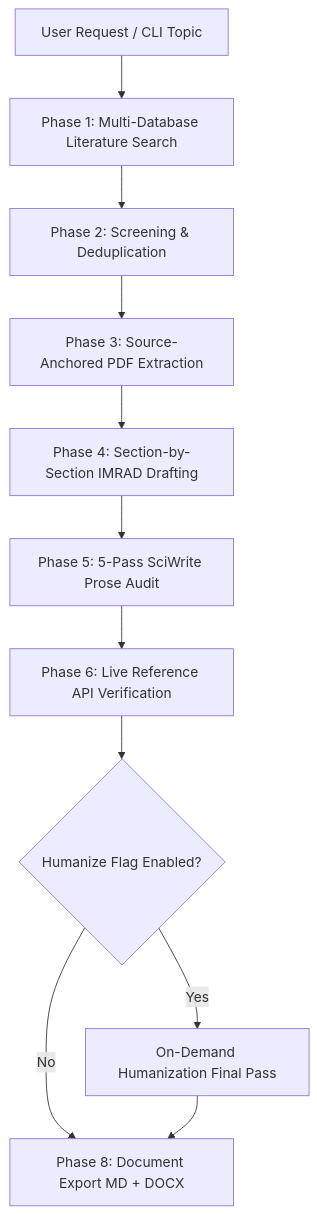
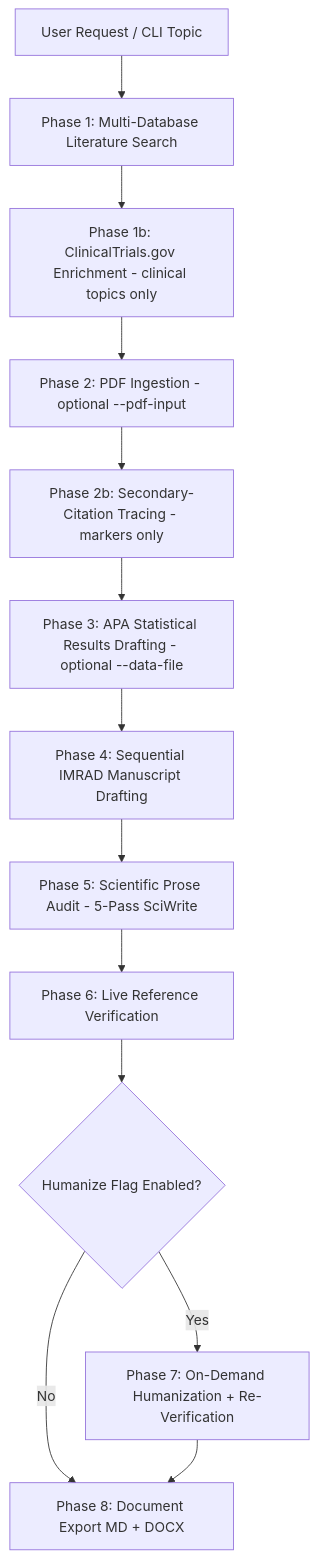
The first of 3 diagrams in ARCHITECTURE.md (noora-noureldin2000/MedDraft_AI-), drawn with Mermaid before and after one commit. The commit also changed other lines of this file and 2 other files, not shown here.

First line of the commit message:
docs(architecture): sync pipeline diagram with main.py phases, document --parse-pdf flow and screening scope

````diff
--- a/ARCHITECTURE.md
+++ b/ARCHITECTURE.md
@@ -7,13 +9,15 @@
 ```mermaid
 graph TD
     A[User Request / CLI Topic] --> B[Phase 1: Multi-Database Literature Search]
-    B --> C[Phase 2: Screening & Deduplication]
-    C --> D[Phase 3: Source-Anchored PDF Extraction]
-    D --> E[Phase 4: Section-by-Section IMRAD Drafting]
-    E --> F[Phase 5: 5-Pass SciWrite Prose Audit]
-    F --> G[Phase 6: Live Reference API Verification]
+    B --> B2[Phase 1b: ClinicalTrials.gov Enrichment - clinical topics only]
+    B2 --> C[Phase 2: PDF Ingestion - optional --pdf-input]
+    C --> C2[Phase 2b: Secondary-Citation Tracing - markers only]
+    C2 --> D[Phase 3: APA Statistical Results Drafting - optional --data-file]
+    D --> E[Phase 4: Sequential IMRAD Manuscript Drafting]
+    E --> F[Phase 5: Scientific Prose Audit - 5-Pass SciWrite]
+    F --> G[Phase 6: Live Reference Verification]
     G --> H{Humanize Flag Enabled?}
-    H -- Yes --> I[On-Demand Humanization Final Pass]
+    H -- Yes --> I[Phase 7: On-Demand Humanization + Re-Verification]
     H -- No --> J[Phase 8: Document Export MD + DOCX]
     I --> J
 ```
````
